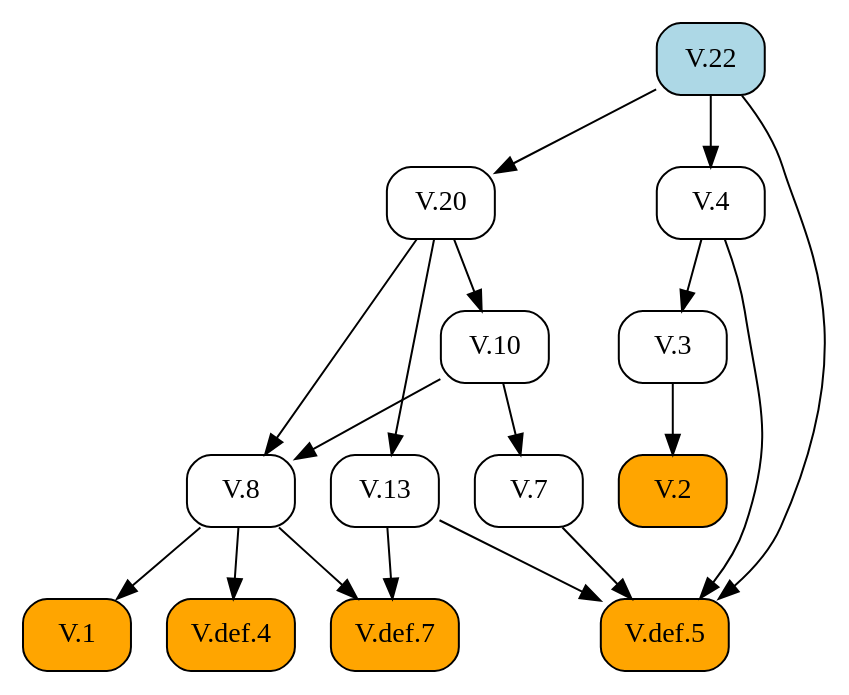
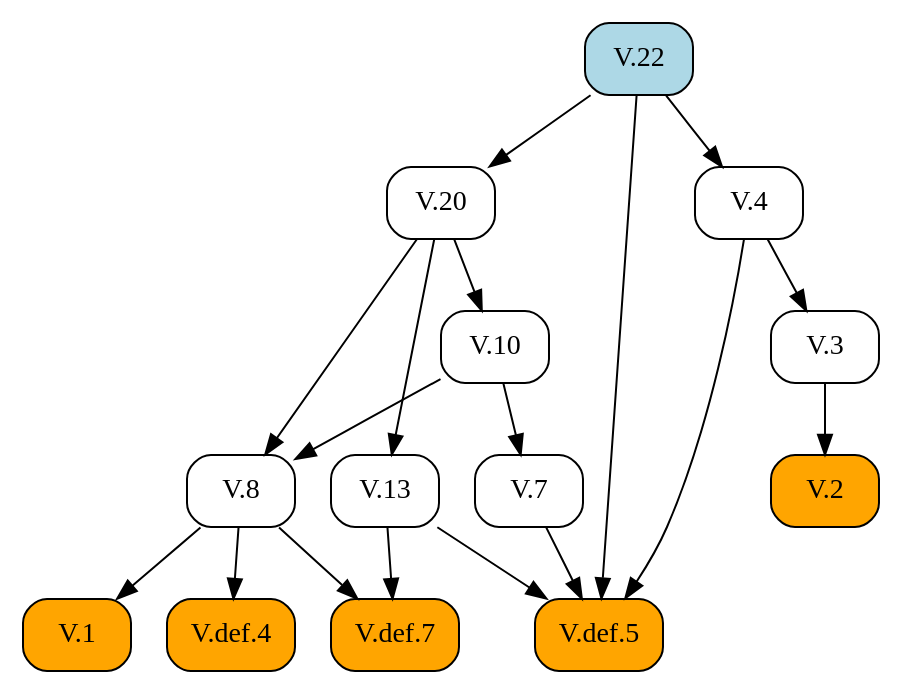
Before and after one commit to geometor/elements: the diagram in docsrc/heath/V/22/index.rst, drawn with Graphviz. The commit also changed other lines of this file and 1029 other files, not shown here.

```diff
--- a/docsrc/heath/V/22/index.rst
+++ b/docsrc/heath/V/22/index.rst
@@ -70,36 +70,36 @@
 .. graphviz::
 
    digraph {
      rankdir="TB";
      node [shape=box, style=rounded];
+     "V.8" [URL="/heath/V/8/", target="_top"];
+     "V.1" [style="rounded,filled", fillcolor=orange, URL="/heath/V/1/", target="_top"];
+     "V.7" [URL="/heath/V/7/", target="_top"];
+     "V.def.4" [style="rounded,filled", fillcolor=orange, URL="/heath/V/def.4/", target="_top"];
+     "V.def.5" [style="rounded,filled", fillcolor=orange, URL="/heath/V/def.5/", target="_top"];
+     "V.2" [style="rounded,filled", fillcolor=orange, URL="/heath/V/2/", target="_top"];
+     "V.22" [style="rounded,filled", fillcolor=lightblue, URL="/heath/V/22/", target="_top"];
+     "V.10" [URL="/heath/V/10/", target="_top"];
      "V.4" [URL="/heath/V/4/", target="_top"];
-     "V.7" [URL="/heath/V/7/", target="_top"];
-     "V.1" [style="rounded,filled", fillcolor=orange, URL="/heath/V/1/", target="_top"];
+     "V.3" [URL="/heath/V/3/", target="_top"];
+     "V.def.7" [style="rounded,filled", fillcolor=orange, URL="/heath/V/def.7/", target="_top"];
+     "V.20" [URL="/heath/V/20/", target="_top"];
      "V.13" [URL="/heath/V/13/", target="_top"];
-     "V.10" [URL="/heath/V/10/", target="_top"];
-     "V.3" [URL="/heath/V/3/", target="_top"];
-     "V.22" [style="rounded,filled", fillcolor=lightblue, URL="/heath/V/22/", target="_top"];
-     "V.20" [URL="/heath/V/20/", target="_top"];
-     "V.2" [style="rounded,filled", fillcolor=orange, URL="/heath/V/2/", target="_top"];
-     "V.def.4" [style="rounded,filled", fillcolor=orange, URL="/heath/V/def.4/", target="_top"];
-     "V.def.7" [style="rounded,filled", fillcolor=orange, URL="/heath/V/def.7/", target="_top"];
-     "V.8" [URL="/heath/V/8/", target="_top"];
-     "V.def.5" [style="rounded,filled", fillcolor=orange, URL="/heath/V/def.5/", target="_top"];
-     "V.22" -> "V.4";
-     "V.10" -> "V.7";
-     "V.8" -> "V.1";
-     "V.20" -> "V.13";
-     "V.20" -> "V.10";
-     "V.4" -> "V.3";
-     "V.22" -> "V.20";
-     "V.3" -> "V.2";
-     "V.8" -> "V.def.4";
-     "V.8" -> "V.def.7";
-     "V.13" -> "V.def.7";
      "V.10" -> "V.8";
      "V.20" -> "V.8";
+     "V.8" -> "V.1";
+     "V.10" -> "V.7";
+     "V.8" -> "V.def.4";
      "V.4" -> "V.def.5";
      "V.7" -> "V.def.5";
      "V.13" -> "V.def.5";
      "V.22" -> "V.def.5";
+     "V.3" -> "V.2";
+     "V.20" -> "V.10";
+     "V.22" -> "V.4";
+     "V.4" -> "V.3";
+     "V.8" -> "V.def.7";
+     "V.13" -> "V.def.7";
+     "V.22" -> "V.20";
+     "V.20" -> "V.13";
    }
```
